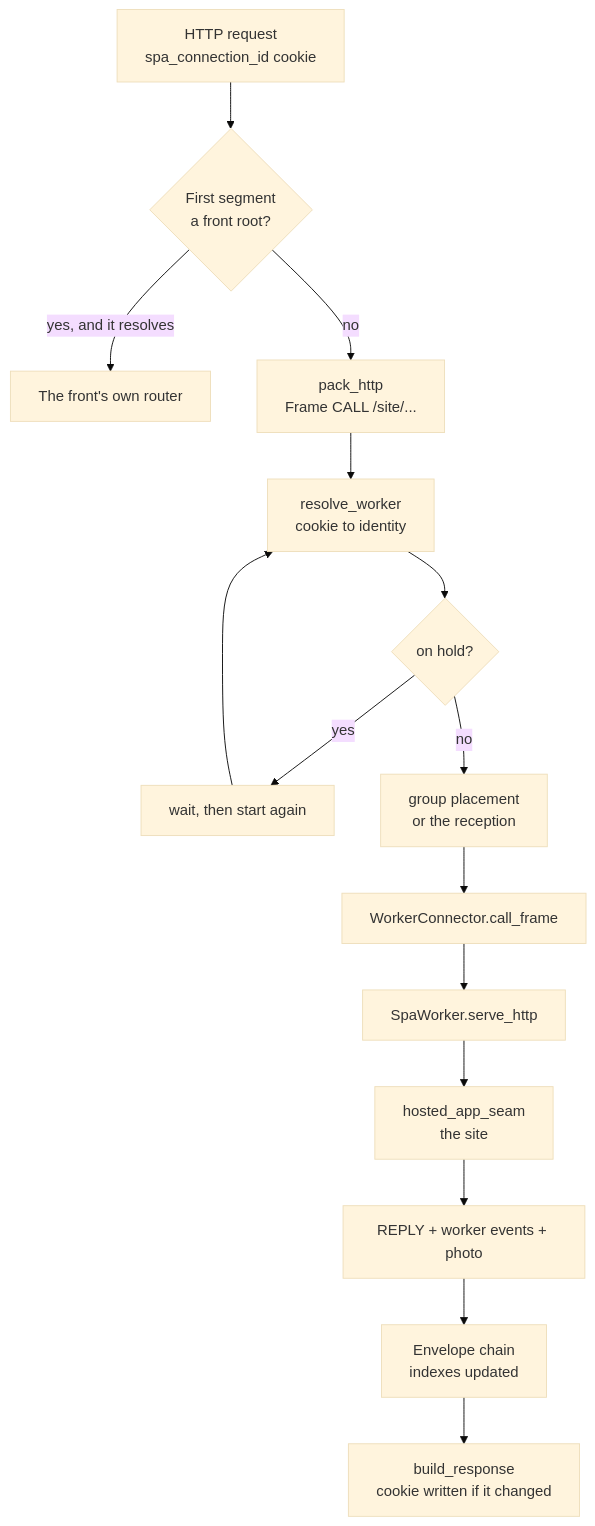
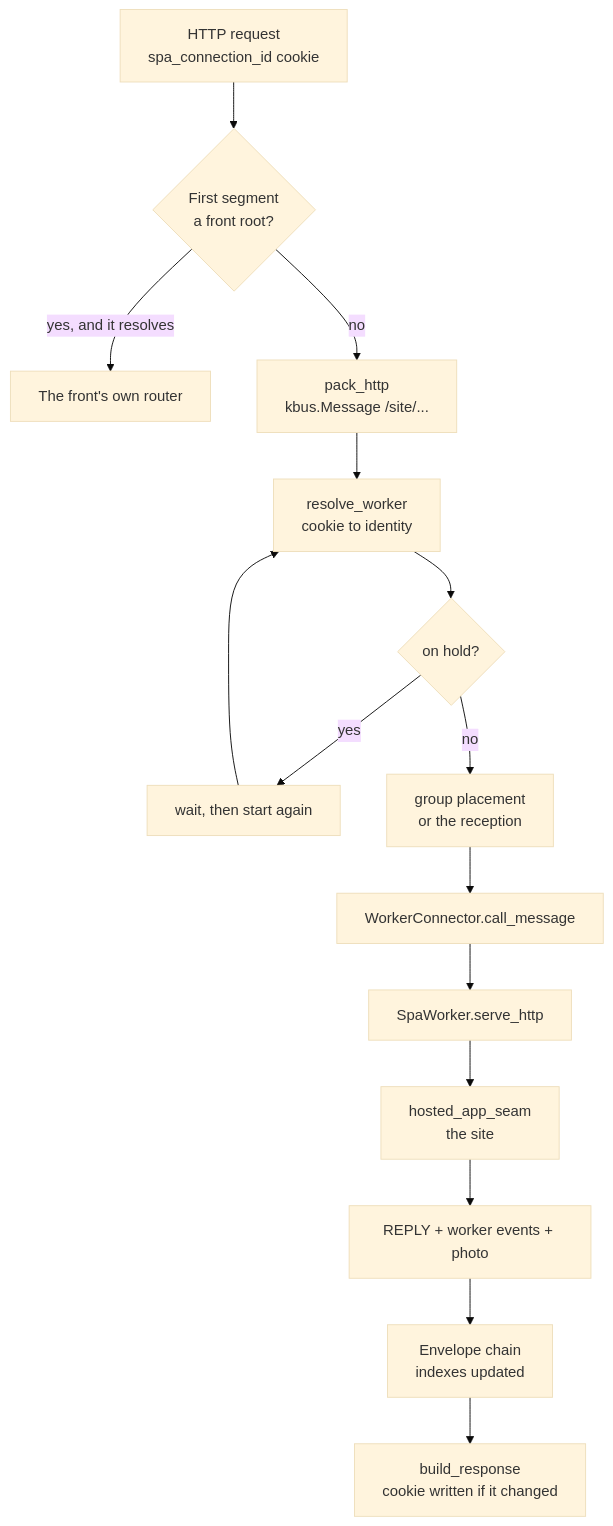
One commit to kajenn-org/kajenn-orchestra changed the second of 6 diagrams in docs/architecture/overview.md. Above: the diagram before and after it, drawn with Mermaid (base theme). The commit also changed other lines of this file and 47 other files, not shown here.

````diff
--- a/docs/architecture/overview.md
+++ b/docs/architecture/overview.md
@@ -69,17 +69,17 @@
 ```mermaid
 flowchart TD
     req["HTTP request<br/>spa_connection_id cookie"] --> demux{"First segment<br/>a front root?"}
     demux -->|"yes, and it resolves"| own["The front's own router"]
-    demux -->|"no"| pack["pack_http<br/>Frame CALL /site/..."]
+    demux -->|"no"| pack["pack_http<br/>kbus.Message /site/..."]
     pack --> resolve["resolve_worker<br/>cookie to identity"]
     resolve --> hold{"on hold?"}
     hold -->|"yes"| wait["wait, then start again"]
     wait --> resolve
     hold -->|"no"| place["group placement<br/>or the reception"]
-    place --> lane["WorkerConnector.call_frame"]
+    place --> lane["WorkerConnector.call_message"]
     lane --> worker["SpaWorker.serve_http"]
     worker --> seam["hosted_app_seam<br/>the site"]
     seam --> reply["REPLY + worker events + photo"]
     reply --> fold["Envelope chain<br/>indexes updated"]
     fold --> resp["build_response<br/>cookie written if it changed"]
 ```
````
